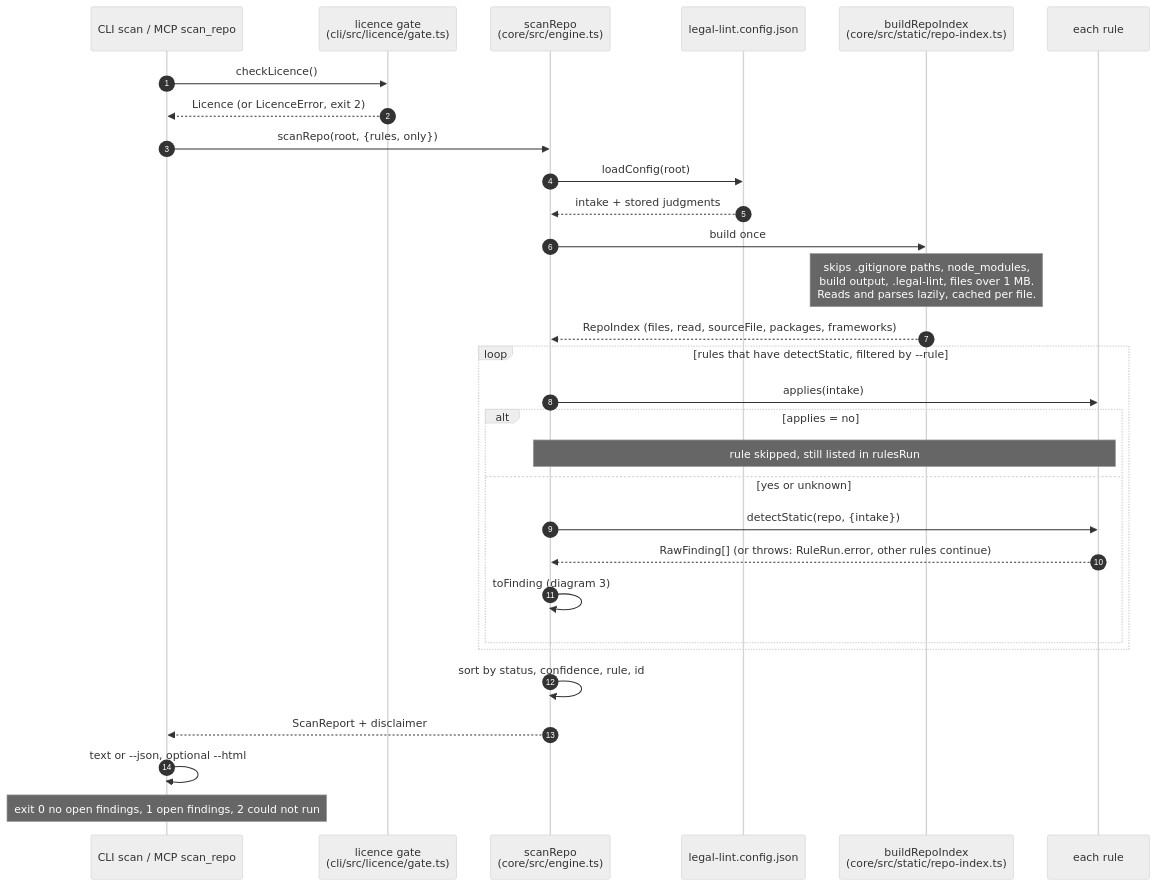
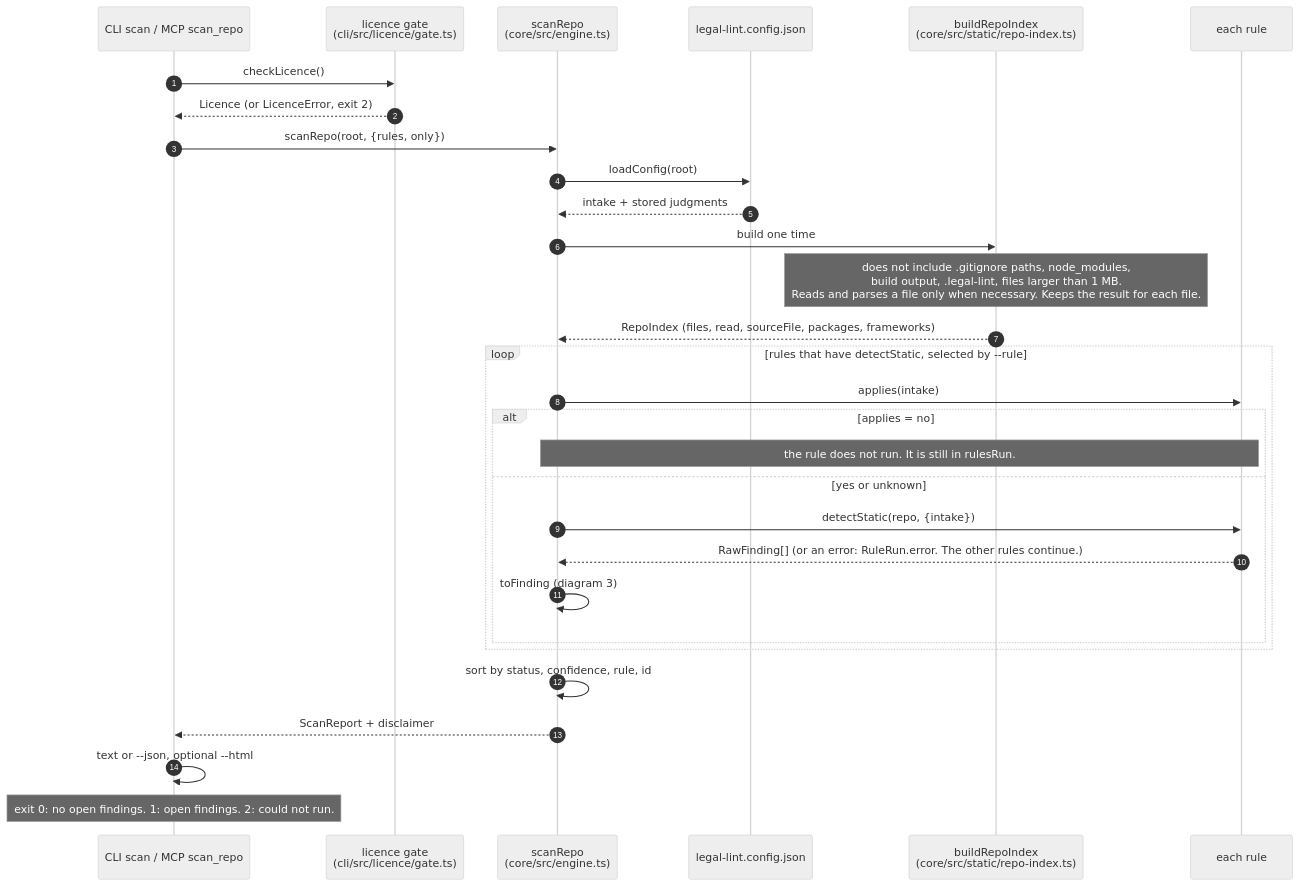
The second of 13 diagrams in docs/architecture.md (raghavg27/legal-linter), drawn with Mermaid (neutral theme) before and after one commit. The commit also changed other lines of this file and 7 other files, not shown here.

Commit message:
docs: rewrite README, CLAUDE.md, contributor docs and architecture diagrams in ASD-STE100 style

````diff
--- a/docs/architecture.md
+++ b/docs/architecture.md
@@ -55,33 +55,33 @@
 ```mermaid
 sequenceDiagram
   autonumber
   participant U as CLI scan / MCP scan_repo
   participant G as licence gate<br/>(cli/src/licence/gate.ts)
   participant E as scanRepo<br/>(core/src/engine.ts)
   participant C as legal-lint.config.json
   participant I as buildRepoIndex<br/>(core/src/static/repo-index.ts)
   participant R as each rule
 
   U->>G: checkLicence()
   G-->>U: Licence (or LicenceError, exit 2)
   U->>E: scanRepo(root, {rules, only})
   E->>C: loadConfig(root)
   C-->>E: intake + stored judgments
-  E->>I: build once
-  Note over I: skips .gitignore paths, node_modules,<br/>build output, .legal-lint, files over 1 MB.<br/>Reads and parses lazily, cached per file.
+  E->>I: build one time
+  Note over I: does not include .gitignore paths, node_modules,<br/>build output, .legal-lint, files larger than 1 MB.<br/>Reads and parses a file only when necessary. Keeps the result for each file.
   I-->>E: RepoIndex (files, read, sourceFile, packages, frameworks)
-  loop rules that have detectStatic, filtered by --rule
+  loop rules that have detectStatic, selected by --rule
     E->>R: applies(intake)
     alt applies = no
-      Note over E,R: rule skipped, still listed in rulesRun
+      Note over E,R: the rule does not run. It is still in rulesRun.
     else yes or unknown
       E->>R: detectStatic(repo, {intake})
-      R-->>E: RawFinding[] (or throws: RuleRun.error, other rules continue)
+      R-->>E: RawFinding[] (or an error: RuleRun.error. The other rules continue.)
       E->>E: toFinding (diagram 3)
     end
   end
   E->>E: sort by status, confidence, rule, id
   E-->>U: ScanReport + disclaimer
   U->>U: text or --json, optional --html
-  Note over U: exit 0 no open findings, 1 open findings, 2 could not run
+  Note over U: exit 0: no open findings. 1: open findings. 2: could not run.
 ```
````
